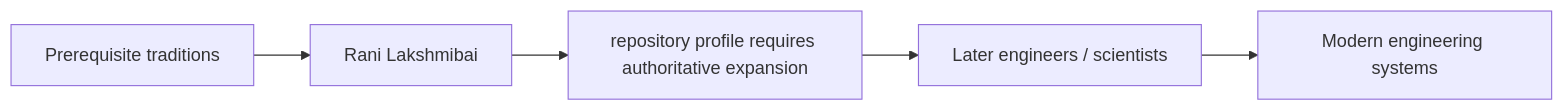
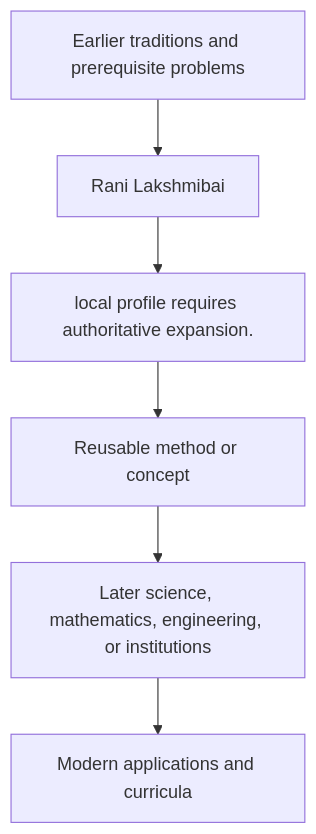
Before and after one commit to via-decide/ViaLogic: the diagram in docs/history/rani-lakshmibai/influence.md, drawn with Mermaid. The commit also changed other lines of this file and 858 other files, not shown here.

````diff
--- a/docs/history/rani-lakshmibai/influence.md
+++ b/docs/history/rani-lakshmibai/influence.md
@@ -29,7 +16,8 @@
 ```mermaid
-graph LR
-  prerequisites["Prerequisite traditions"] --> current["Rani Lakshmibai"]
-  current --> contribution["repository profile requires authoritative expansion"]
-  contribution --> successors["Later engineers / scientists"]
-  successors --> modern["Modern engineering systems"]
+graph TD
+  Prior[Earlier traditions and prerequisite problems] --> Person[Rani Lakshmibai]
+  Person --> Contribution[local profile requires authoritative expansion.]
+  Contribution --> Method[Reusable method or concept]
+  Method --> Later[Later science, mathematics, engineering, or institutions]
+  Later --> Modern[Modern applications and curricula]
 ```
````
